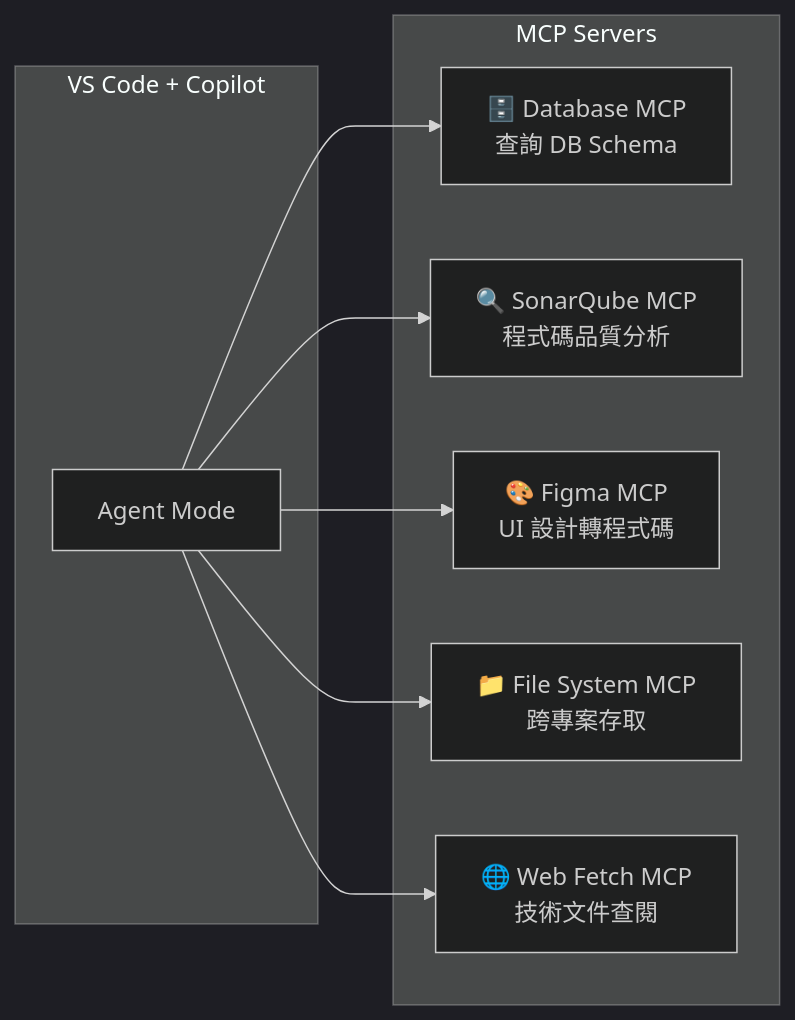
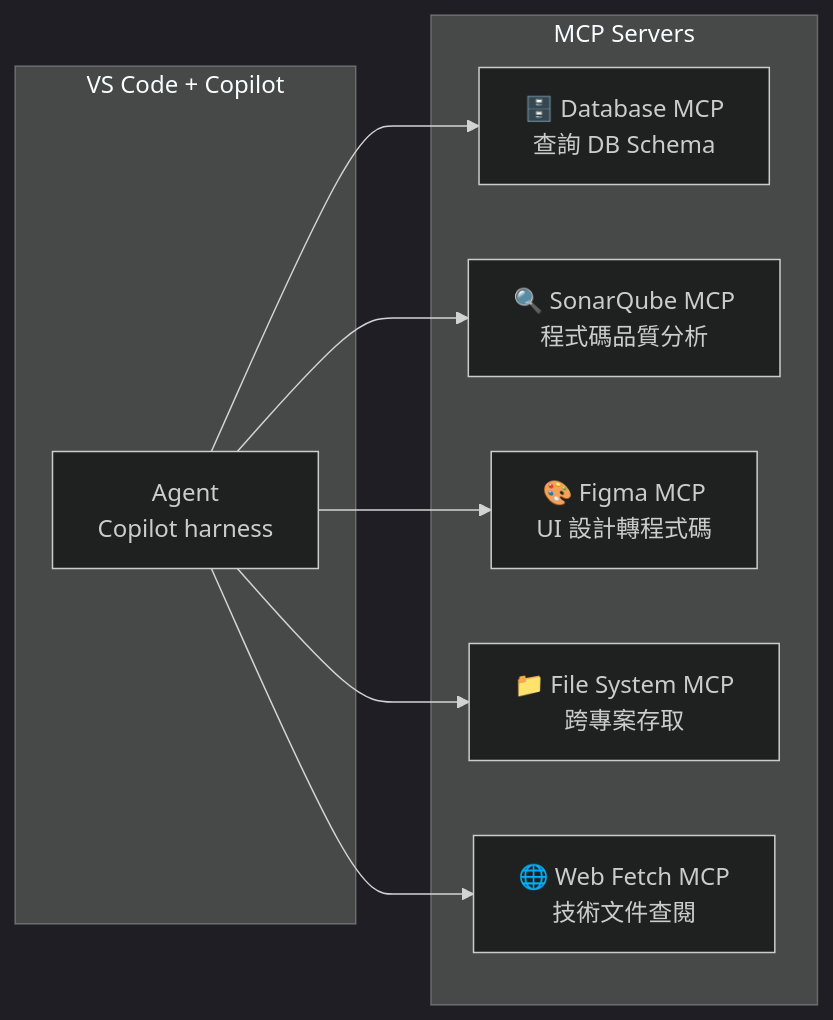
Diagram 34 of 36 in content/posts/教學/AI開發/GitHub Copilot 逆向工程教學手冊.md (chihhung/Blog), drawn with Mermaid (dark theme) before and after one commit. The commit also changed other lines of this file and 4 other files, not shown here.

````diff
--- a/content/posts/教學/AI開發/GitHub Copilot 逆向工程教學手冊.md
+++ b/content/posts/教學/AI開發/GitHub Copilot 逆向工程教學手冊.md
@@ -4143,20 +5528,20 @@
 ```mermaid
 flowchart LR
     subgraph "VS Code + Copilot"
-        A[Agent Mode]
+        A[Agent<br/>Copilot harness]
     end
     
     subgraph "MCP Servers"
         B["🗄️ Database MCP<br/>查詢 DB Schema"]
         C["🔍 SonarQube MCP<br/>程式碼品質分析"]
         D["🎨 Figma MCP<br/>UI 設計轉程式碼"]
         E["📁 File System MCP<br/>跨專案存取"]
         F["🌐 Web Fetch MCP<br/>技術文件查閱"]
     end
     
     A --> B
     A --> C
     A --> D
     A --> E
     A --> F
 ```
````
